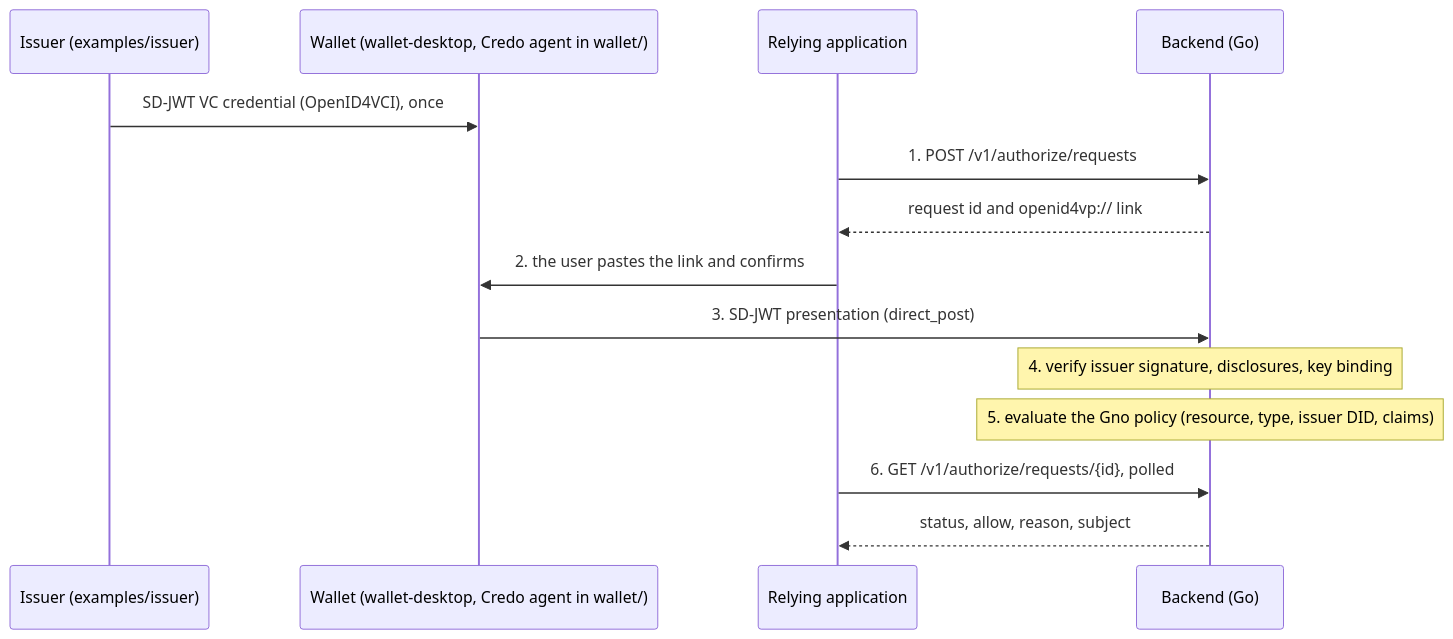
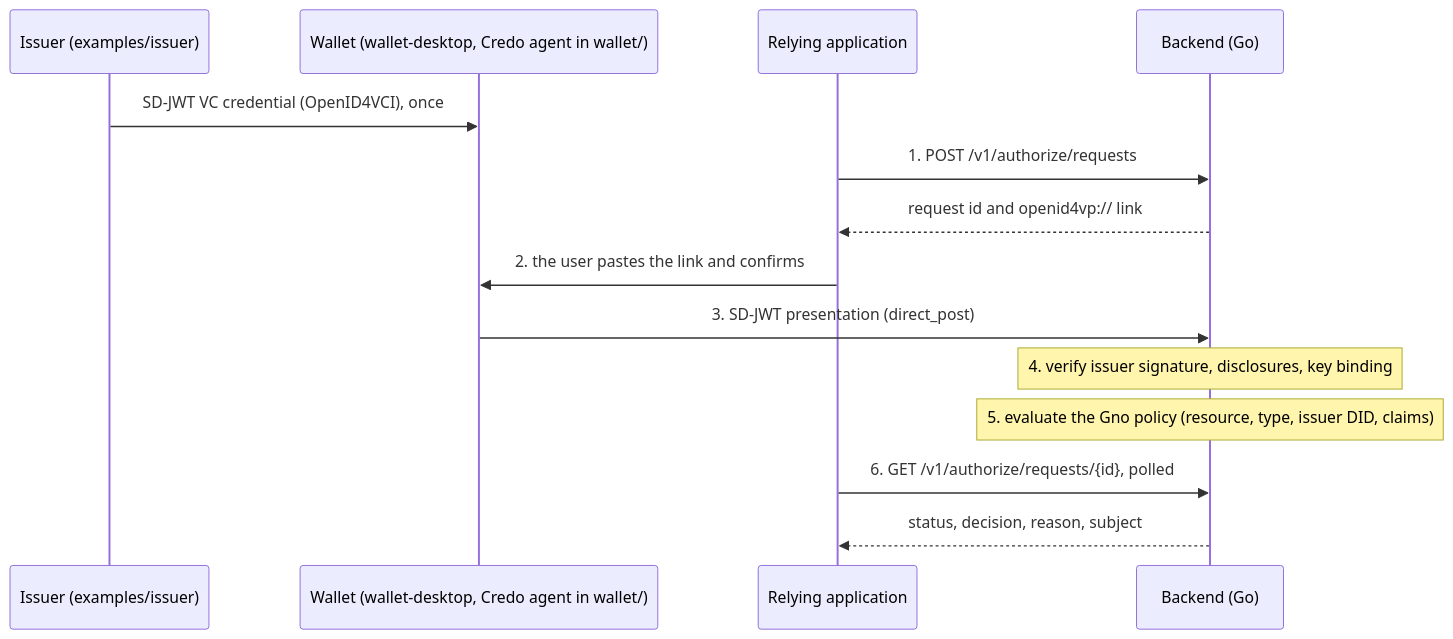
One commit to threehook/attesta changed the diagram in docs/architecture.md. Above: the diagram before and after it, drawn with Mermaid. The commit also changed 5 other files, not shown here.

Commit message:
Answer with a decision instead of an allow flag

````diff
--- a/docs/architecture.md
+++ b/docs/architecture.md
@@ -14,17 +14,17 @@
 ```mermaid
 sequenceDiagram
     participant I as Issuer (examples/issuer)
     participant W as Wallet (wallet-desktop, Credo agent in wallet/)
     participant A as Relying application
     participant B as Backend (Go)
 
     I->>W: SD-JWT VC credential (OpenID4VCI), once
     A->>B: 1. POST /v1/authorize/requests
     B-->>A: request id and openid4vp:// link
     A->>W: 2. the user pastes the link and confirms
     W->>B: 3. SD-JWT presentation (direct_post)
     Note over B: 4. verify issuer signature, disclosures, key binding
     Note over B: 5. evaluate the Gno policy (resource, type, issuer DID, claims)
     A->>B: 6. GET /v1/authorize/requests/{id}, polled
-    B-->>A: status, allow, reason, subject
+    B-->>A: status, decision, reason, subject
 ```
````
